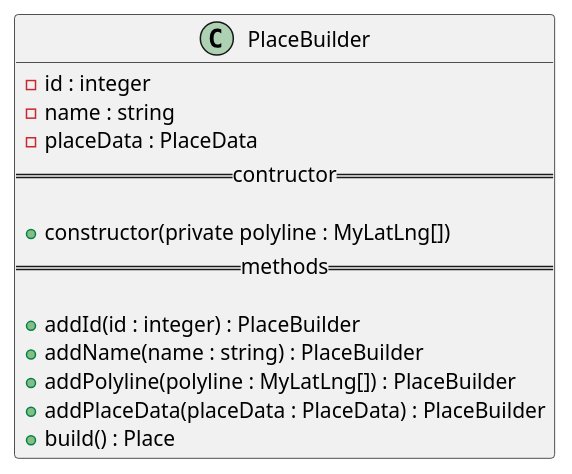
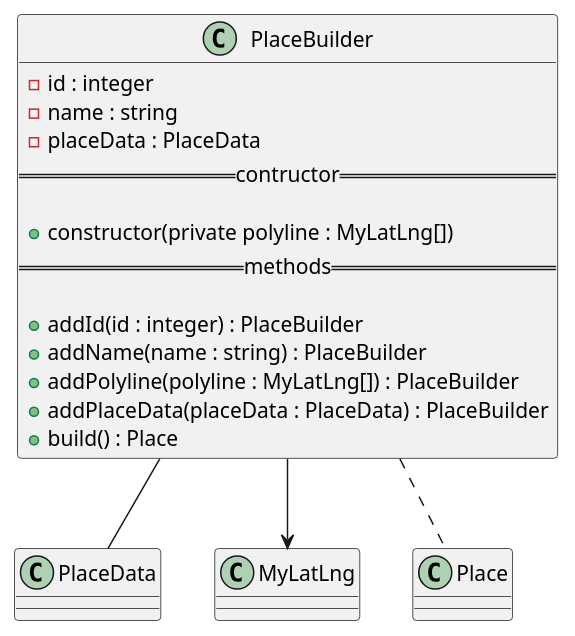
One commit to GruppOne/stalker-web-app changed the diagram in docs/diagrams/classes/Place/PlaceBuilder.pu. Above: the diagram before and after it, drawn with PlantUML. The commit also changed 12 other files, not shown here.

Commit message:
feat: include all diagrams into class-diagram and design relations

```diff
--- a/docs/diagrams/classes/Place/PlaceBuilder.pu
+++ b/docs/diagrams/classes/Place/PlaceBuilder.pu
@@ -1,17 +1,21 @@
 @startuml PlaceBuilder Diagram
 class PlaceBuilder {
   - id : integer
   - name : string
   - placeData : PlaceData
   == contructor ==
 
   + constructor(private polyline : MyLatLng[])
   == methods ==
 
   + addId(id : integer) : PlaceBuilder
   + addName(name : string) : PlaceBuilder
   + addPolyline(polyline : MyLatLng[]) : PlaceBuilder
   + addPlaceData(placeData : PlaceData) : PlaceBuilder
   + build() : Place
 }
+
+PlaceBuilder -- PlaceData
+PlaceBuilder --> MyLatLng
+PlaceBuilder .. Place
 @enduml
```
